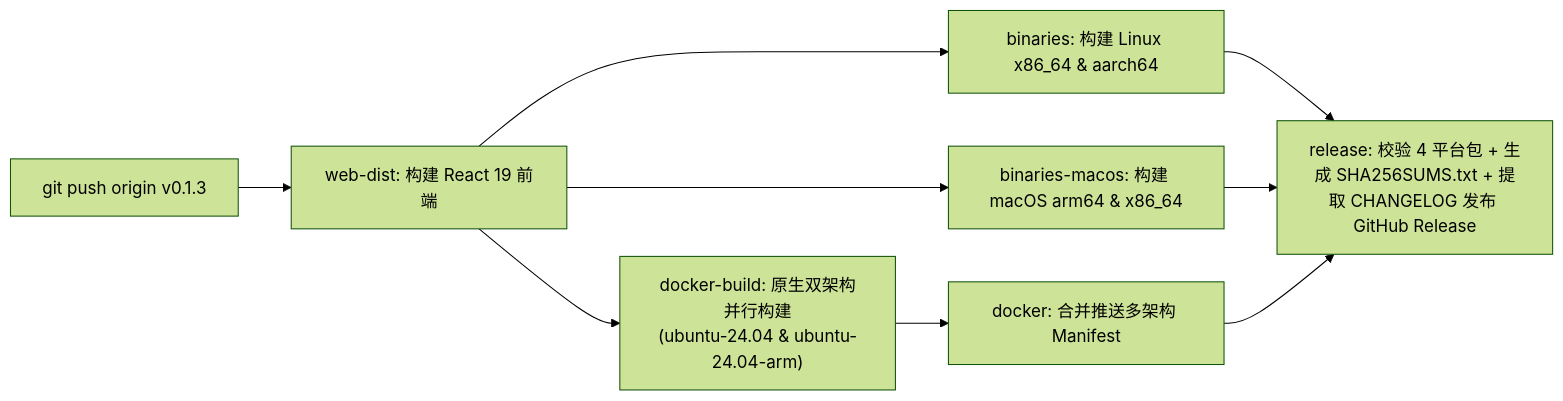
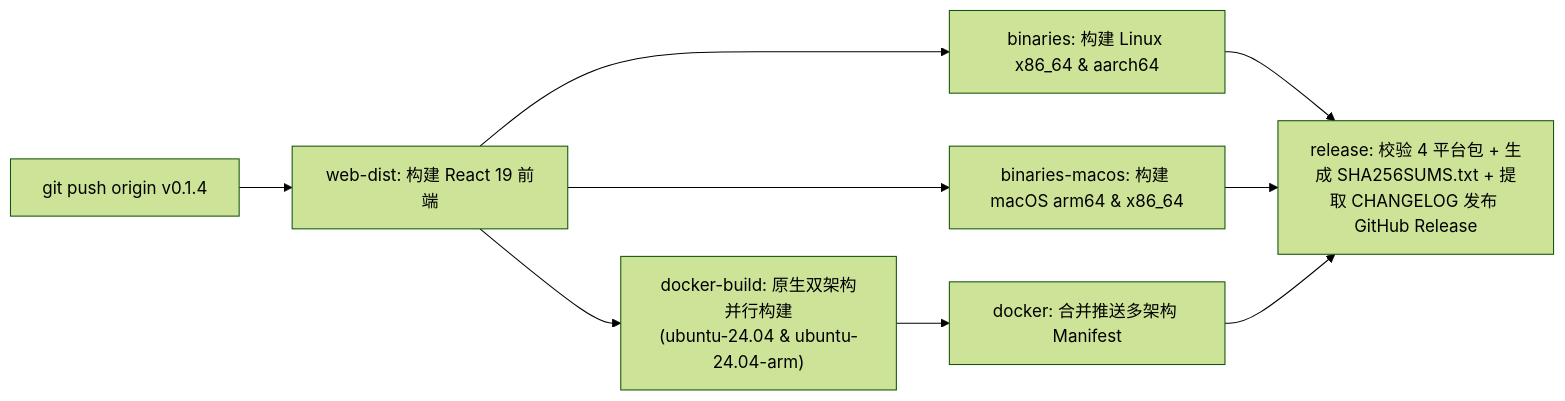
The diagram in docs/zh/reference/releasing.md (ElleryHe/FeedCourier), drawn with Mermaid (forest theme) before and after one commit. The commit also changed other lines of this file and 22 other files, not shown here.

````diff
--- a/docs/zh/reference/releasing.md
+++ b/docs/zh/reference/releasing.md
@@ -35,9 +35,9 @@
 ```mermaid
 flowchart LR
-    Tag["git push origin v0.1.3"] --> Web["web-dist: 构建 React 19 前端"]
+    Tag["git push origin v0.1.4"] --> Web["web-dist: 构建 React 19 前端"]
     Web --> Linux["binaries: 构建 Linux x86_64 & aarch64"]
     Web --> Mac["binaries-macos: 构建 macOS arm64 & x86_64"]
     Web --> DockerBuild["docker-build: 原生双架构并行构建\n(ubuntu-24.04 & ubuntu-24.04-arm)"]
     DockerBuild --> Docker["docker: 合并推送多架构 Manifest"]
     Linux & Mac & Docker --> Rel["release: 校验 4 平台包 + 生成 SHA256SUMS.txt + 提取 CHANGELOG 发布 GitHub Release"]
 ```
````
